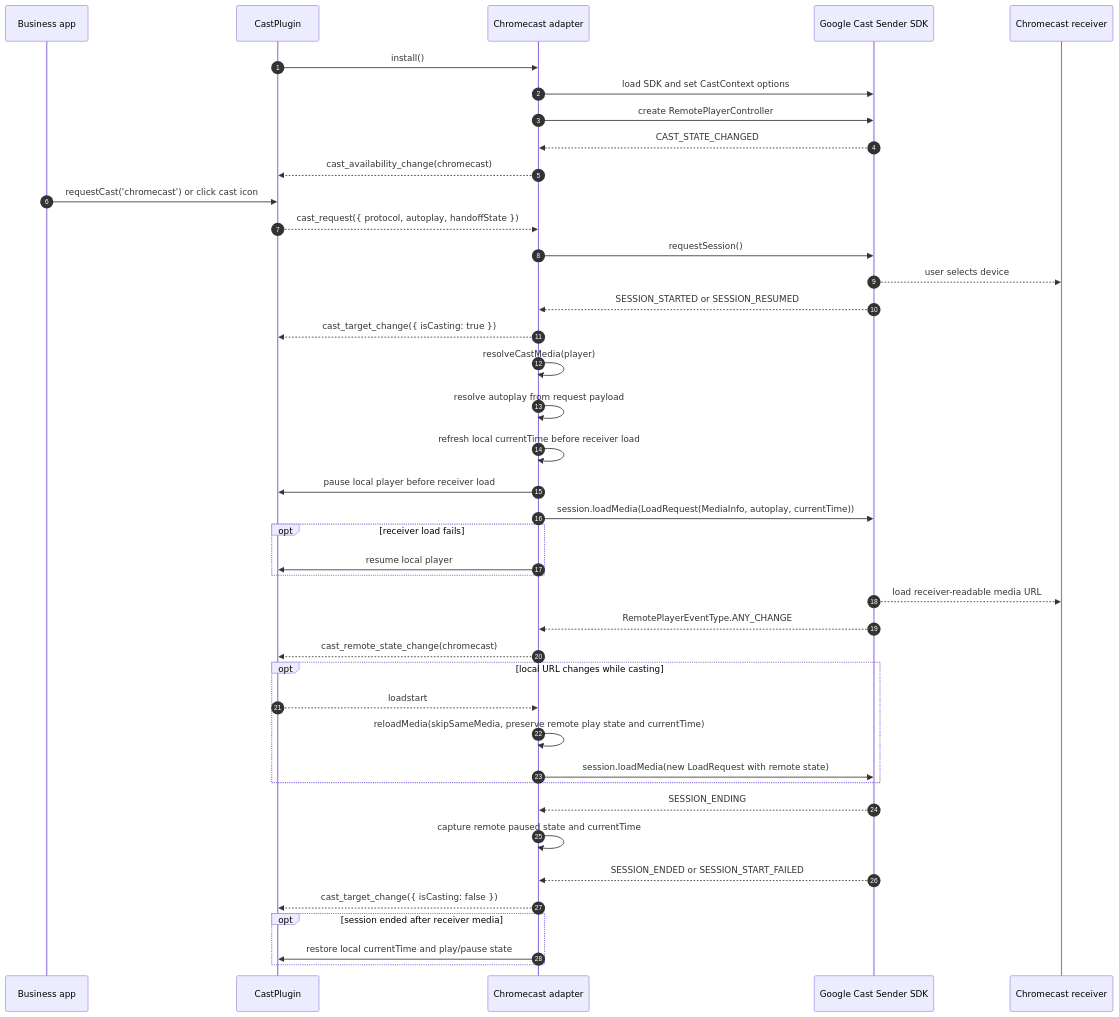
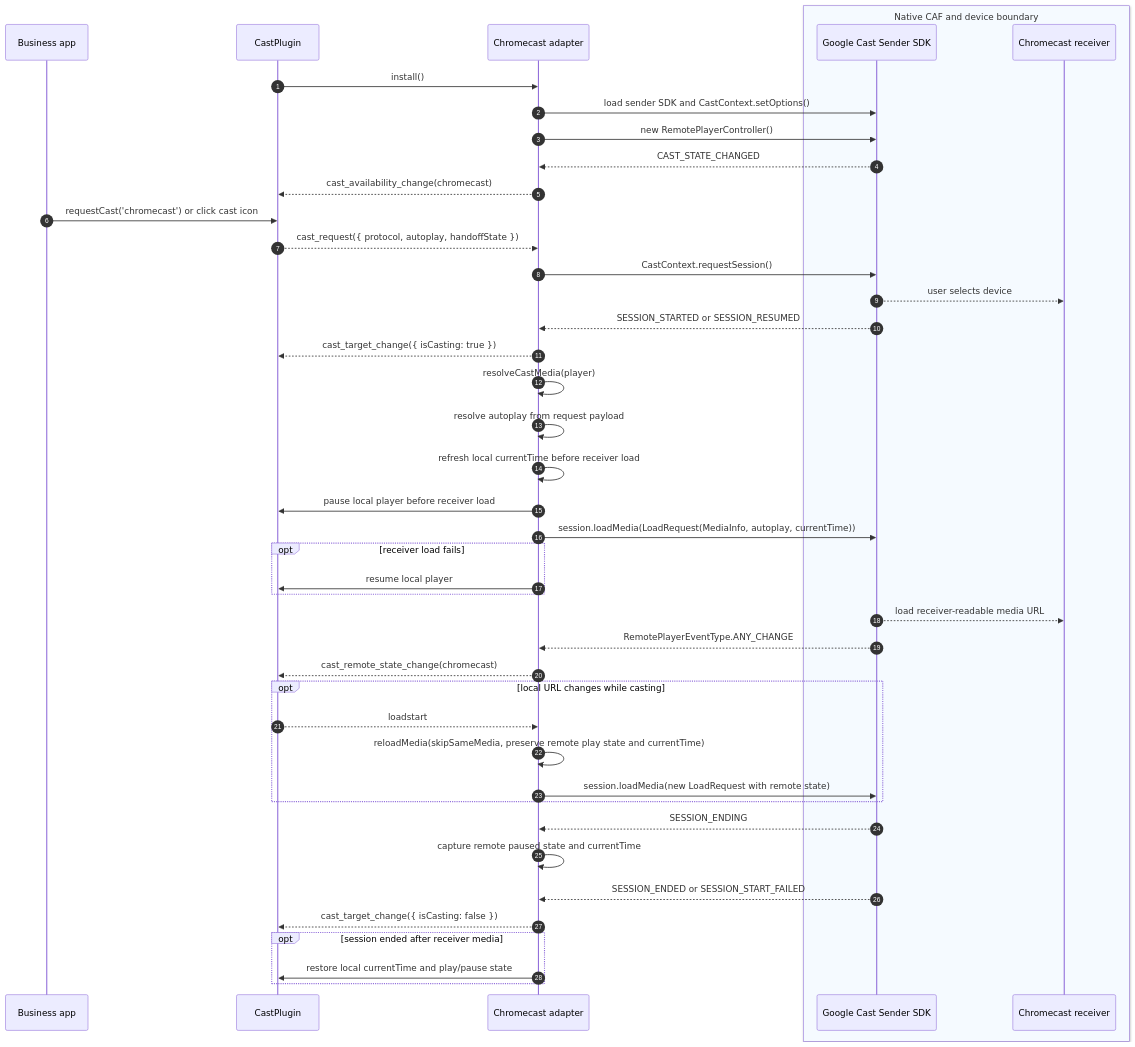
Before and after one commit to bytedance/xgplayer: the first of 2 diagrams in packages/xgplayer-cast/README.md, drawn with Mermaid. The commit also changed other lines of this file and 7 other files, not shown here.

````diff
--- a/packages/xgplayer-cast/README.md
+++ b/packages/xgplayer-cast/README.md
@@ -89,47 +91,49 @@
 ```mermaid
 sequenceDiagram
   autonumber
   participant App as Business app
   participant Plugin as CastPlugin
   participant Chromecast as Chromecast adapter
-  participant CAF as Google Cast Sender SDK
-  participant Receiver as Chromecast receiver
+  box rgb(245, 250, 255) Native CAF and device boundary
+    participant CAF as Google Cast Sender SDK
+    participant Receiver as Chromecast receiver
+  end
 
   Plugin->>Chromecast: install()
-  Chromecast->>CAF: load SDK and set CastContext options
-  Chromecast->>CAF: create RemotePlayerController
+  Chromecast->>CAF: load sender SDK and CastContext.setOptions()
+  Chromecast->>CAF: new RemotePlayerController()
   CAF-->>Chromecast: CAST_STATE_CHANGED
   Chromecast-->>Plugin: cast_availability_change(chromecast)
 
   App->>Plugin: requestCast('chromecast') or click cast icon
   Plugin-->>Chromecast: cast_request({ protocol, autoplay, handoffState })
-  Chromecast->>CAF: requestSession()
+  Chromecast->>CAF: CastContext.requestSession()
   CAF-->>Receiver: user selects device
   CAF-->>Chromecast: SESSION_STARTED or SESSION_RESUMED
   Chromecast-->>Plugin: cast_target_change({ isCasting: true })
   Chromecast->>Chromecast: resolveCastMedia(player)
   Chromecast->>Chromecast: resolve autoplay from request payload
   Chromecast->>Chromecast: refresh local currentTime before receiver load
   Chromecast->>Plugin: pause local player before receiver load
   Chromecast->>CAF: session.loadMedia(LoadRequest(MediaInfo, autoplay, currentTime))
   opt receiver load fails
     Chromecast->>Plugin: resume local player
   end
   CAF-->>Receiver: load receiver-readable media URL
   CAF-->>Chromecast: RemotePlayerEventType.ANY_CHANGE
   Chromecast-->>Plugin: cast_remote_state_change(chromecast)
 
   opt local URL changes while casting
     Plugin-->>Chromecast: loadstart
     Chromecast->>Chromecast: reloadMedia(skipSameMedia, preserve remote play state and currentTime)
     Chromecast->>CAF: session.loadMedia(new LoadRequest with remote state)
   end
 
   CAF-->>Chromecast: SESSION_ENDING
   Chromecast->>Chromecast: capture remote paused state and currentTime
   CAF-->>Chromecast: SESSION_ENDED or SESSION_START_FAILED
   Chromecast-->>Plugin: cast_target_change({ isCasting: false })
   opt session ended after receiver media
     Chromecast->>Plugin: restore local currentTime and play/pause state
   end
 ```
````
